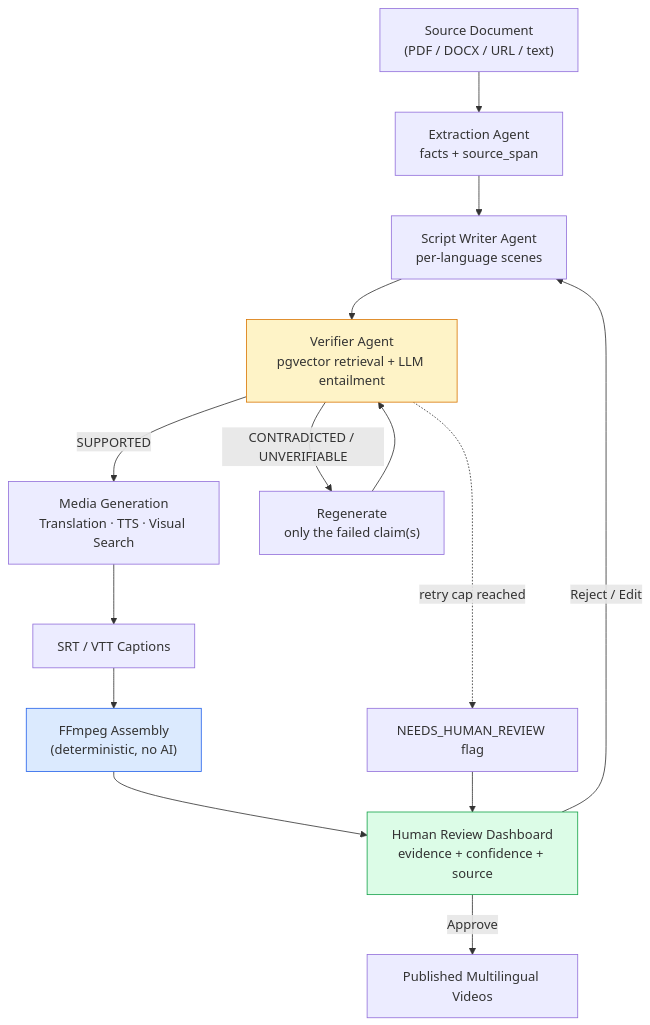
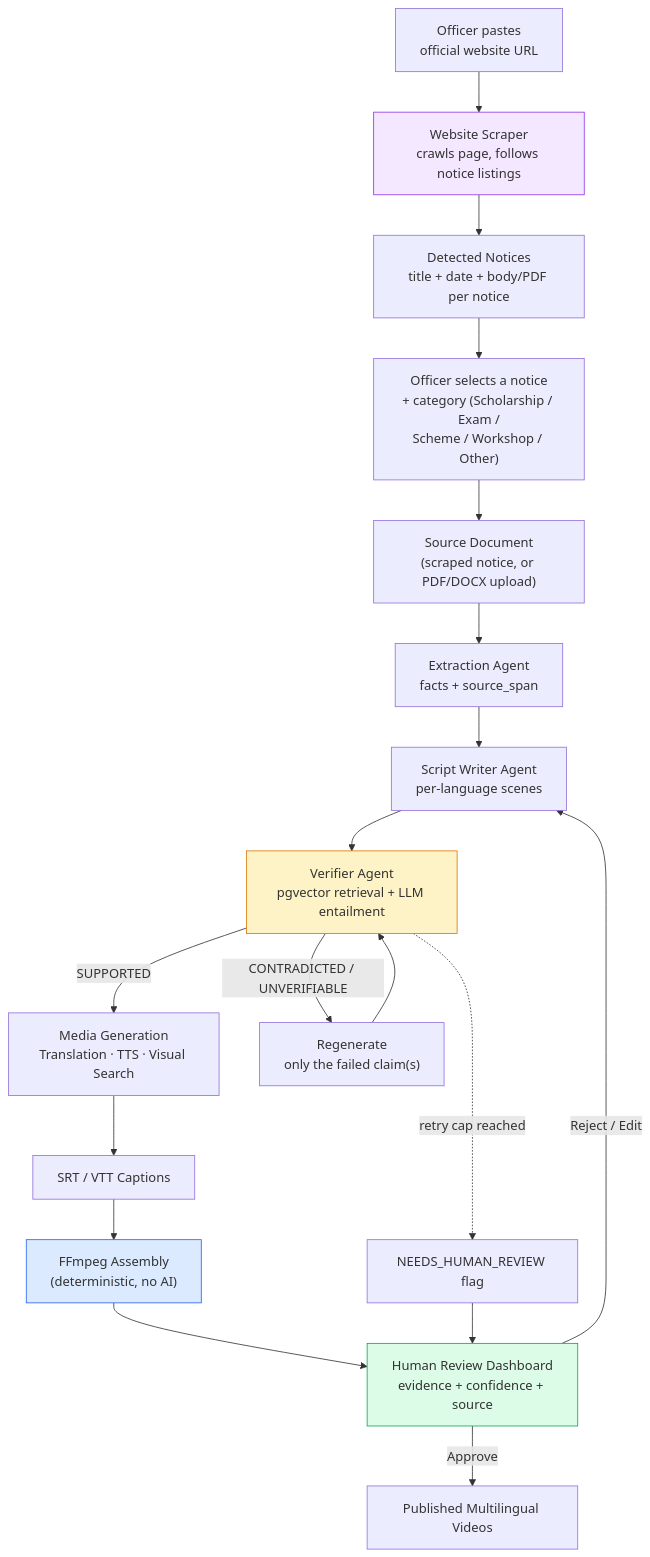
Before and after one commit to shauryacodeshere/Vaani: the diagram in docs/VaaniReach_PRD.md, drawn with Mermaid. The commit also changed other lines of this file and 2 other files, not shown here.

````diff
--- a/docs/VaaniReach_PRD.md
+++ b/docs/VaaniReach_PRD.md
@@ -14,20 +21,25 @@
 ```mermaid
 flowchart TB
-    A["Source Document<br/>(PDF / DOCX / URL / text)"] --> B["Extraction Agent<br/>facts + source_span"]
+    Z["Officer pastes<br/>official website URL"] --> Y["Website Scraper<br/>crawls page, follows notice listings"]
+    Y --> X["Detected Notices<br/>title + date + body/PDF per notice"]
+    X --> W["Officer selects a notice<br/>+ category (Scholarship / Exam /<br/>Scheme / Workshop / Other)"]
+    W --> A["Source Document<br/>(scraped notice, or PDF/DOCX upload)"]
+    A --> B["Extraction Agent<br/>facts + source_span"]
     B --> C["Script Writer Agent<br/>per-language scenes"]
     C --> D["Verifier Agent<br/>pgvector retrieval + LLM entailment"]
     D -->|"SUPPORTED"| E["Media Generation<br/>Translation · TTS · Visual Search"]
     D -->|"CONTRADICTED / UNVERIFIABLE"| F["Regenerate<br/>only the failed claim(s)"]
     F --> D
     D -.->|"retry cap reached"| G["NEEDS_HUMAN_REVIEW flag"]
     E --> H["SRT / VTT Captions"]
     H --> I["FFmpeg Assembly<br/>(deterministic, no AI)"]
     I --> J["Human Review Dashboard<br/>evidence + confidence + source"]
     G --> J
     J -->|"Approve"| K["Published Multilingual Videos"]
     J -->|"Reject / Edit"| C
 
     style D fill:#fef3c7,stroke:#d97706
     style I fill:#dbeafe,stroke:#2563eb
     style J fill:#dcfce7,stroke:#16a34a
+    style Y fill:#f3e8ff,stroke:#9333ea
 ```
````
